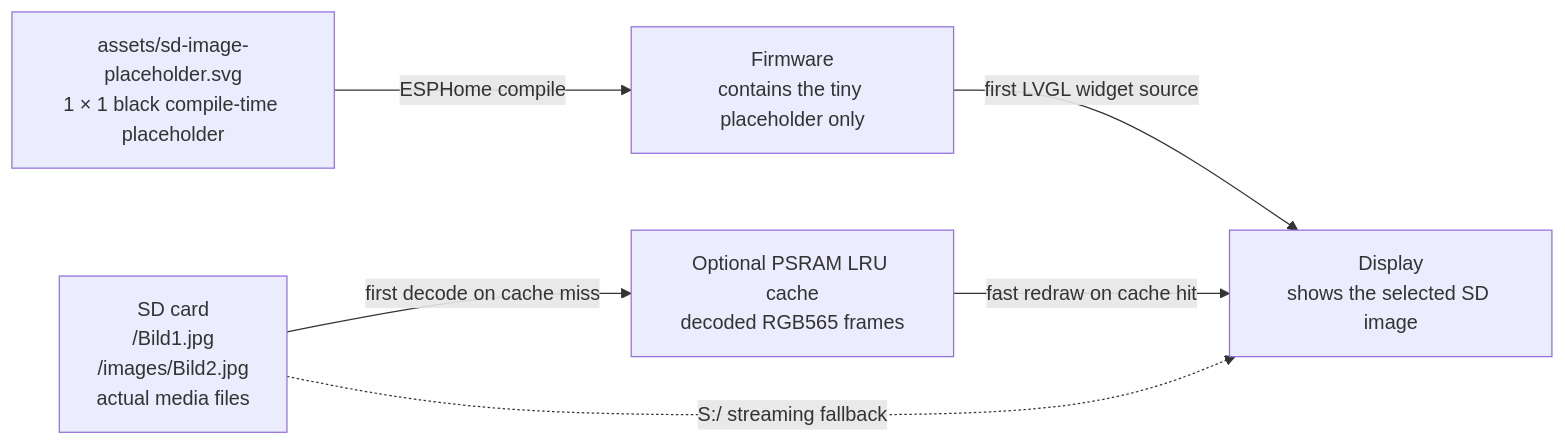
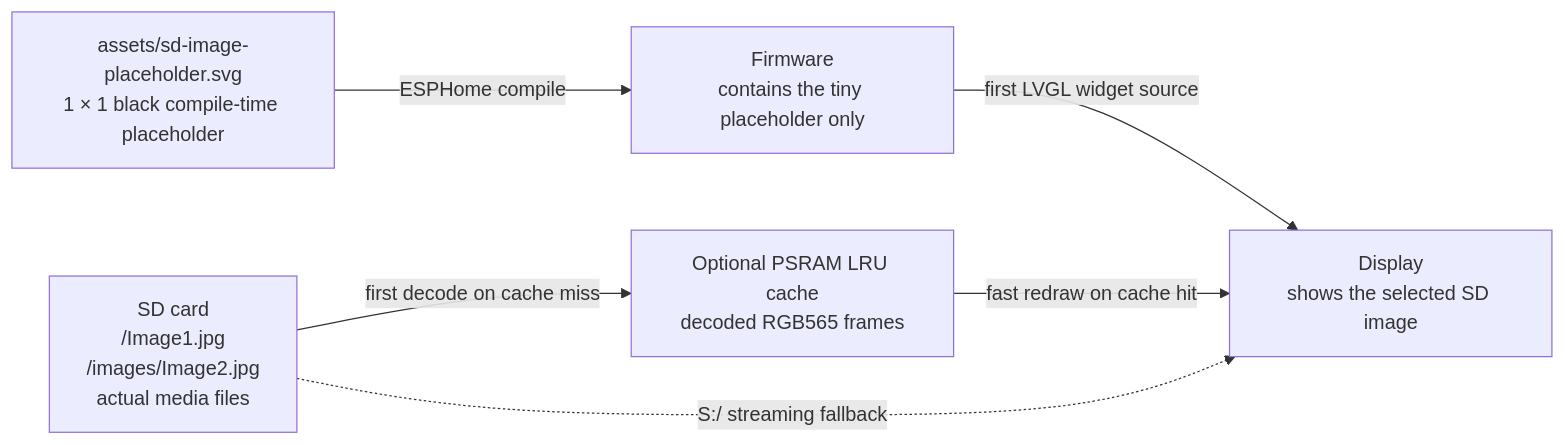
The first of 6 diagrams in docs/DIRECT_SD_IMAGE_WORKFLOW.md (herrdivad/ESPHomeSDCardServer), drawn with Mermaid before and after one commit. The commit also changed other lines of this file and 8 other files, not shown here.

````diff
--- a/docs/DIRECT_SD_IMAGE_WORKFLOW.md
+++ b/docs/DIRECT_SD_IMAGE_WORKFLOW.md
@@ -41,14 +41,14 @@
 ```mermaid
 flowchart LR
     P["assets/sd-image-placeholder.svg\n1 × 1 black compile-time placeholder"]
     F["Firmware\ncontains the tiny placeholder only"]
-    SD["SD card\n/Bild1.jpg\n/images/Bild2.jpg\nactual media files"]
+    SD["SD card\n/Image1.jpg\n/images/Image2.jpg\nactual media files"]
     C["Optional PSRAM LRU cache\ndecoded RGB565 frames"]
     D["Display\nshows the selected SD image"]
 
     P -->|ESPHome compile| F
     F -->|first LVGL widget source| D
     SD -->|first decode on cache miss| C
     C -->|fast redraw on cache hit| D
     SD -.->|S:/ streaming fallback| D
 ```
````
